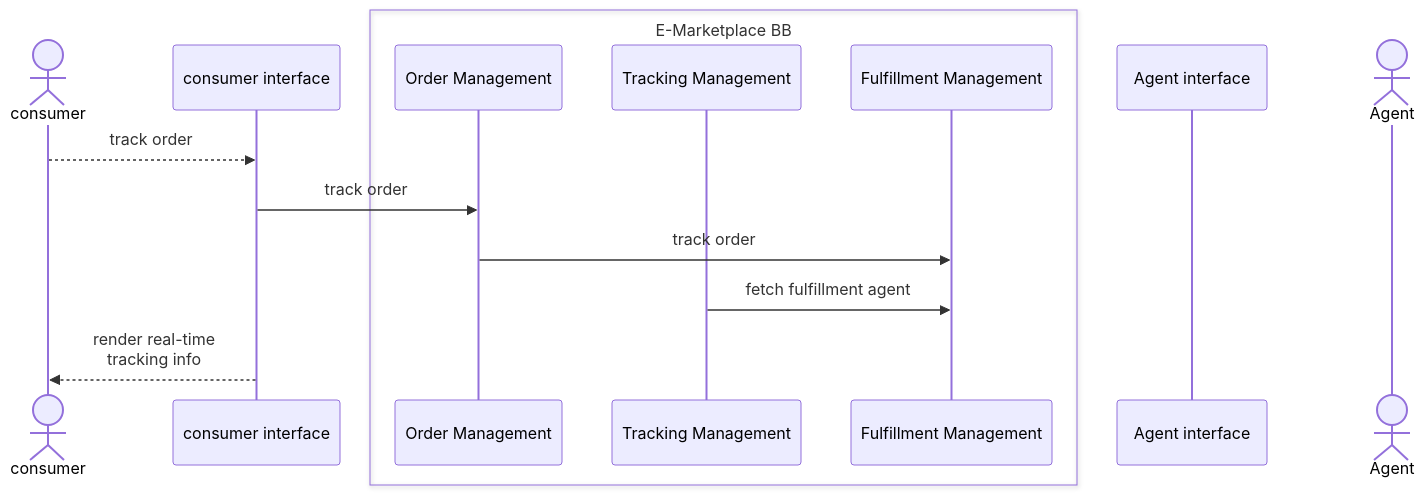
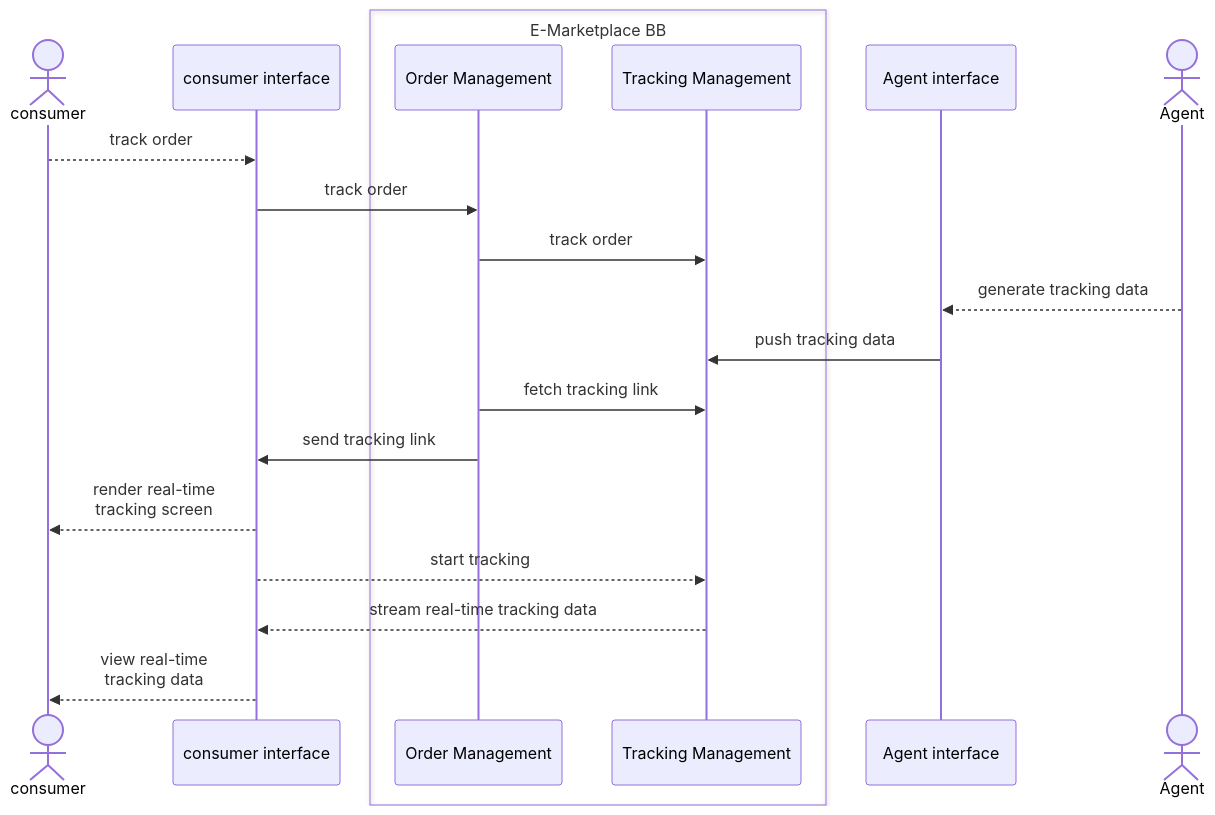
The ninth of 14 diagrams in spec/9-workflows.md (GovStackWorkingGroup/bb-emarketplace), drawn with Mermaid before and after one commit.

Commit message:
GITBOOK-56: Update Sequence Diagram - Tracking the fulfillment of an Order

````diff
--- a/spec/9-workflows.md
+++ b/spec/9-workflows.md
@@ -249,19 +249,23 @@
 ```mermaid
 sequenceDiagram
     Actor consumer
     participant consumer interface
     box E-Marketplace BB
     participant Order Management
     participant Tracking Management
-    participant Fulfillment Management
     end
     participant Agent interface
     Actor Agent
     consumer-->>consumer interface: track order
     consumer interface->>Order Management: track order
-    Order Management->>Fulfillment Management: track order
-    Tracking Management->>Fulfillment Management: fetch fulfillment agent
-    
-    consumer interface-->>consumer: render real-time <br/> tracking info
+    Order Management->>Tracking Management: track order
+    Agent-->>Agent interface: generate tracking data
+    Agent interface->>Tracking Management: push tracking data
+    Order Management->> Tracking Management: fetch tracking link
+    Order Management->> consumer interface: send tracking link
+    consumer interface-->>consumer: render real-time <br/> tracking screen
+    consumer interface-->>Tracking Management: start tracking
+    Tracking Management-->>consumer interface: stream real-time tracking data
+    consumer interface-->>consumer: view real-time <br/> tracking data
     
 ```
````
